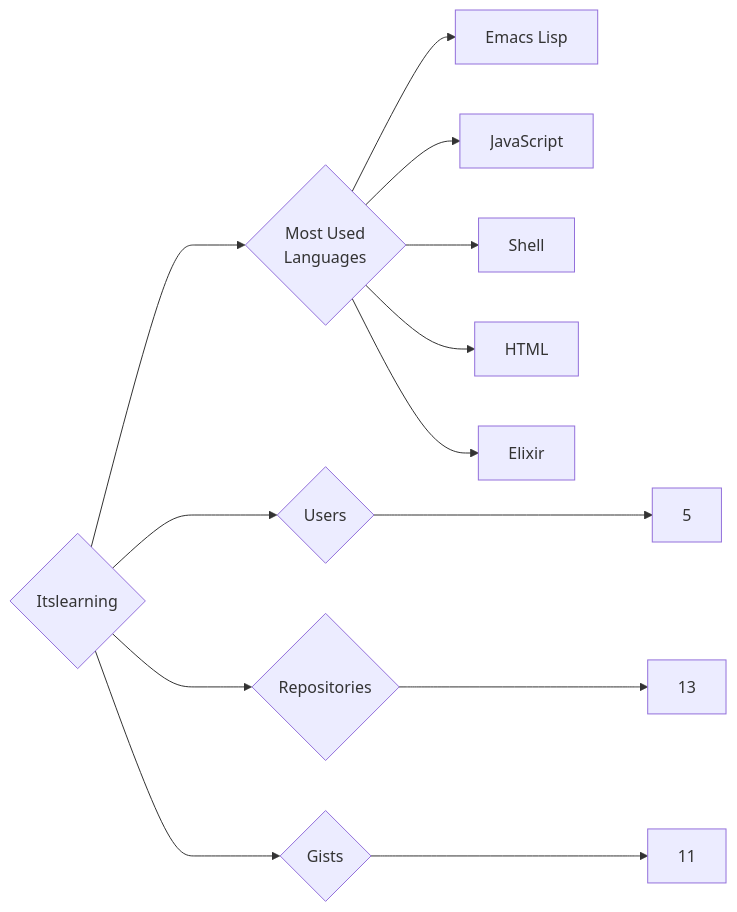
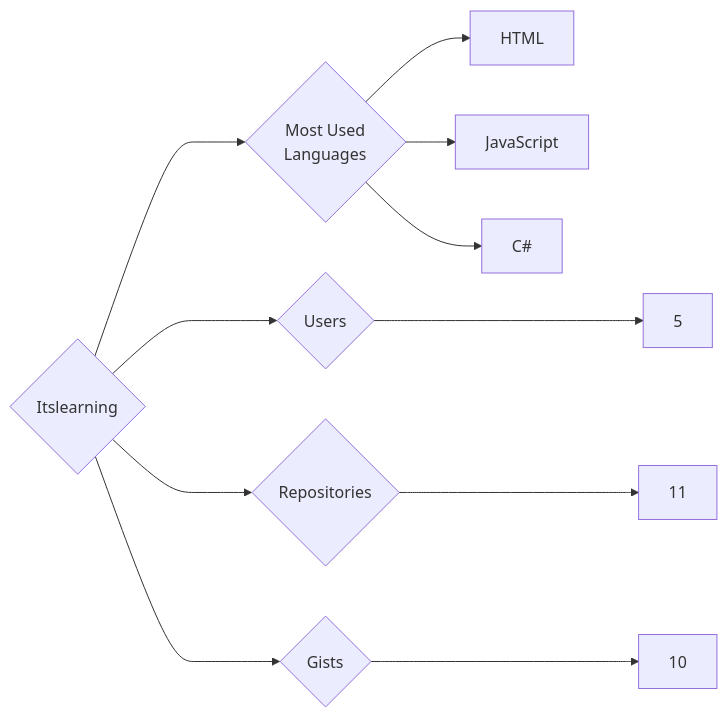
One commit to trickest/insiders changed the diagram in targets/Itslearning/README.md. Above: the diagram before and after it, drawn with Mermaid. The commit also changed 934 other files, not shown here.

````diff
--- a/targets/Itslearning/README.md
+++ b/targets/Itslearning/README.md
@@ -3,13 +3,11 @@
 ```mermaid
 graph LR
 COMPANY_NAME{Itslearning}
 COMPANY_NAME ---> U{Users} ---> UN[5]
-COMPANY_NAME ---> R{Repositories} ---> RN[13]
-COMPANY_NAME ---> G{Gists} ---> GN[11]
+COMPANY_NAME ---> R{Repositories} ---> RN[11]
+COMPANY_NAME ---> G{Gists} ---> GN[10]
 COMPANY_NAME ---> ML{Most Used<br>Languages}
-ML --> Emacs_Lisp[Emacs Lisp]
+ML --> HTML[HTML]
 ML --> JavaScript[JavaScript]
-ML --> Shell[Shell]
-ML --> HTML[HTML]
-ML --> Elixir[Elixir]
+ML --> C#[C#]
 ```
````
